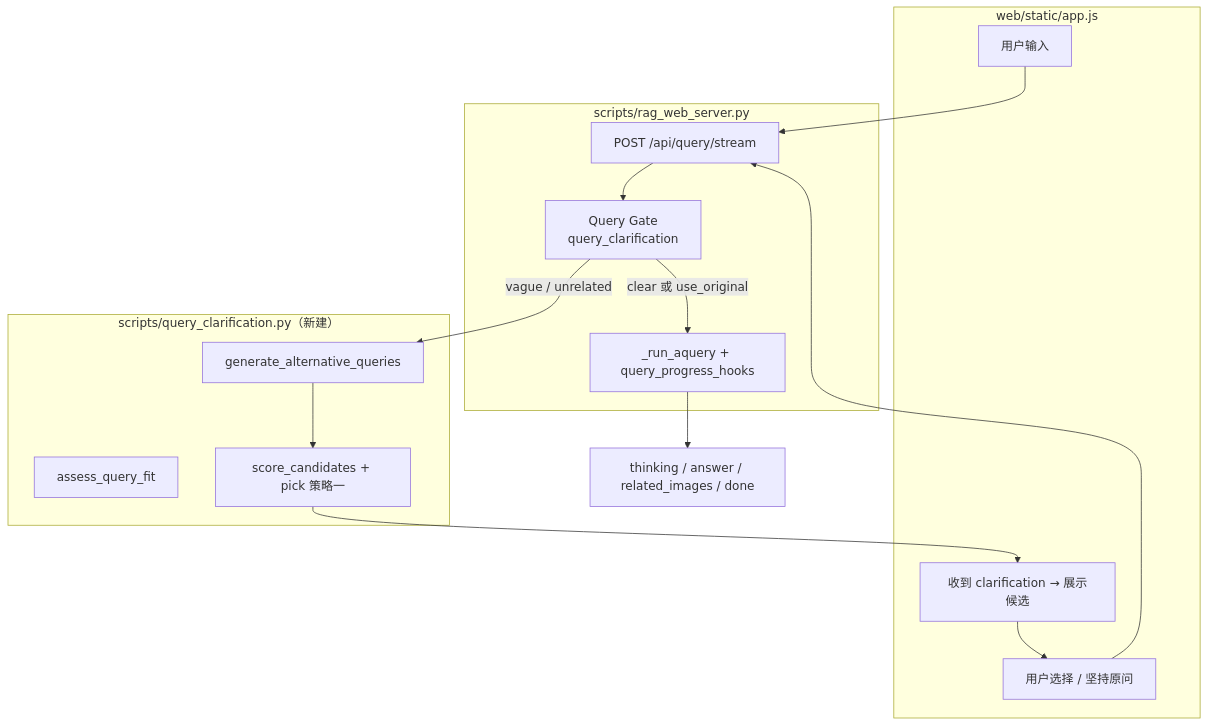
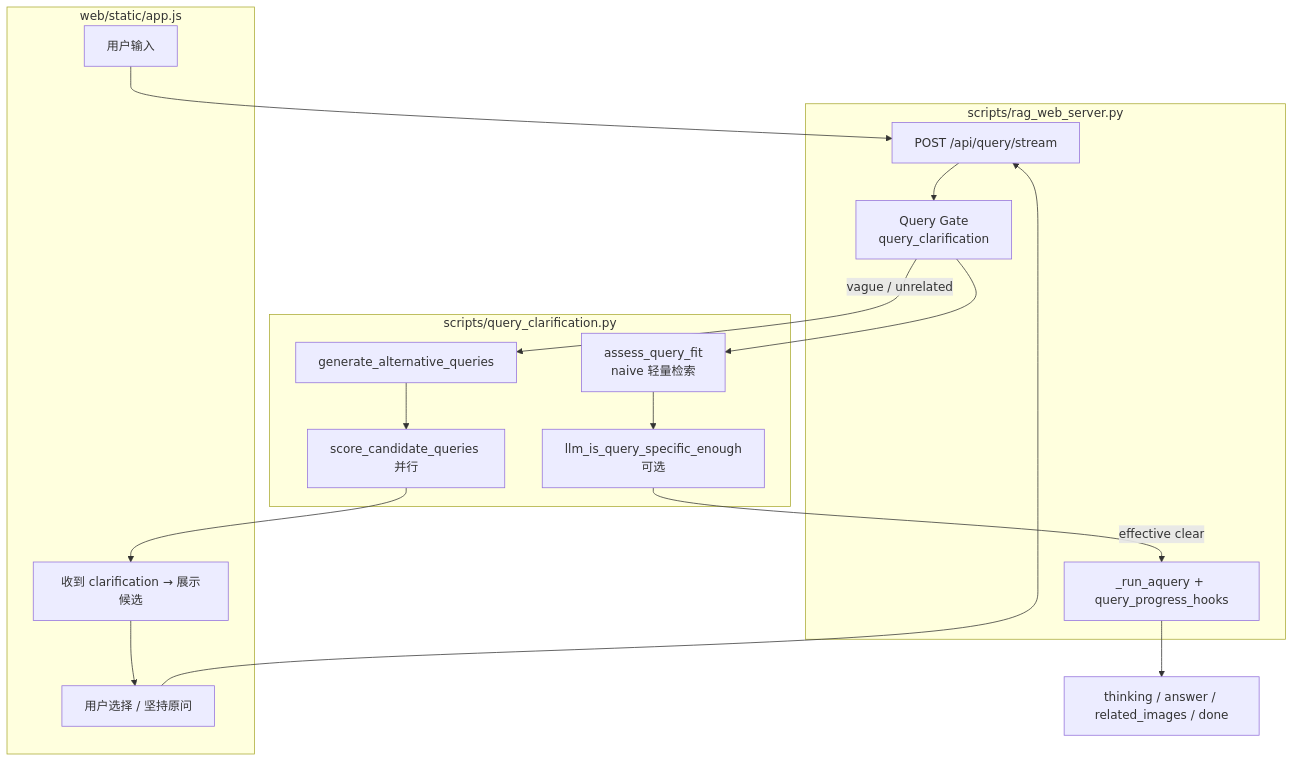
Before and after one commit to yiliangbetter/IndustrialRAG: the diagram in docs/多轮问答实现方案.md, drawn with Mermaid. The commit also changed other lines of this file and 2 other files, not shown here.

First line of the commit message:
fix(query): restore retrieval_scope SSE and align Q&A flow docs

````diff
--- a/docs/多轮问答实现方案.md
+++ b/docs/多轮问答实现方案.md
@@ -131,26 +143,28 @@
 ```mermaid
 flowchart TB
     subgraph UI["web/static/app.js"]
         U[用户输入]
         U2[收到 clarification → 展示候选]
         U3[用户选择 / 坚持原问]
     end
 
     subgraph API["scripts/rag_web_server.py"]
         G[Query Gate<br/>query_clarification]
         S[POST /api/query/stream]
         A[_run_aquery + query_progress_hooks]
     end
 
-    subgraph Core["scripts/query_clarification.py（新建）"]
-        E1[assess_query_fit]
+    subgraph Core["scripts/query_clarification.py"]
+        E1[assess_query_fit<br/>naive 轻量检索]
+        E1b[llm_is_query_specific_enough<br/>可选]
         E2[generate_alternative_queries]
-        E3[score_candidates + pick 策略一]
+        E3[score_candidate_queries 并行]
     end
 
     U --> S --> G
-    G -->|clear 或 use_original| A
+    G --> E1 --> E1b
+    E1b -->|effective clear| A
     G -->|vague / unrelated| E2 --> E3
     E3 --> U2 --> U3 --> S
     A --> SSE2[thinking / answer / related_images / done]
 ```
````
